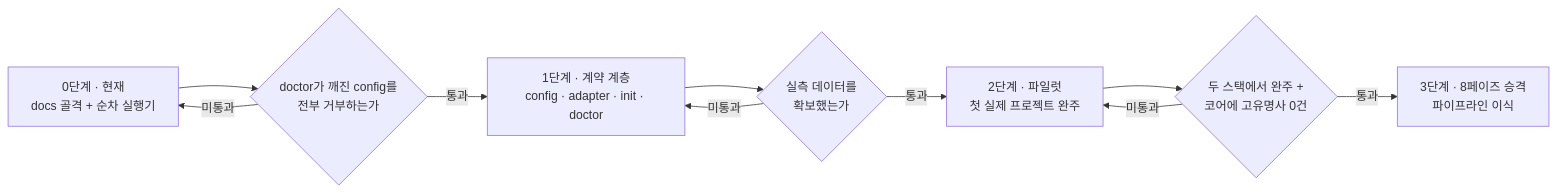
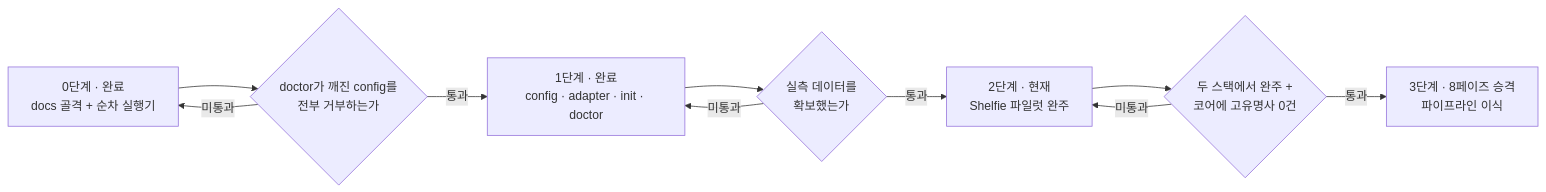
The first of 2 diagrams in docs/harness/ROADMAP.md (hyuham1335-stack/banana-island-ops), drawn with Mermaid before and after one commit. The commit also changed other lines of this file and 1 other file, not shown here.

````diff
--- a/docs/harness/ROADMAP.md
+++ b/docs/harness/ROADMAP.md
@@ -42,18 +48,18 @@
 ```mermaid
 flowchart LR
-    S0["0단계 · 현재<br/>docs 골격 + 순차 실행기"]
-    S1["1단계 · 계약 계층<br/>config · adapter · init · doctor"]
-    S2["2단계 · 파일럿<br/>첫 실제 프로젝트 완주"]
+    S0["0단계 · 완료<br/>docs 골격 + 순차 실행기"]
+    S1["1단계 · 완료<br/>config · adapter · init · doctor"]
+    S2["2단계 · 현재<br/>Shelfie 파일럿 완주"]
     S3["3단계 · 8페이즈 승격<br/>파이프라인 이식"]
 
     S0 --> G1{"doctor가 깨진 config를<br/>전부 거부하는가"}
     G1 -->|통과| S1
     S1 --> G2{"실측 데이터를<br/>확보했는가"}
     G2 -->|통과| S2
     S2 --> G3{"두 스택에서 완주 +<br/>코어에 고유명사 0건"}
     G3 -->|통과| S3
 
     G1 -->|미통과| S0
     G2 -->|미통과| S1
     G3 -->|미통과| S2
 ```
````
